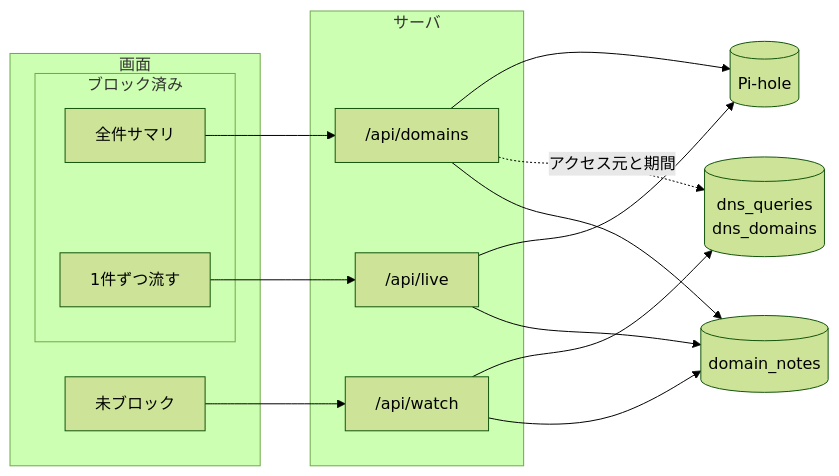
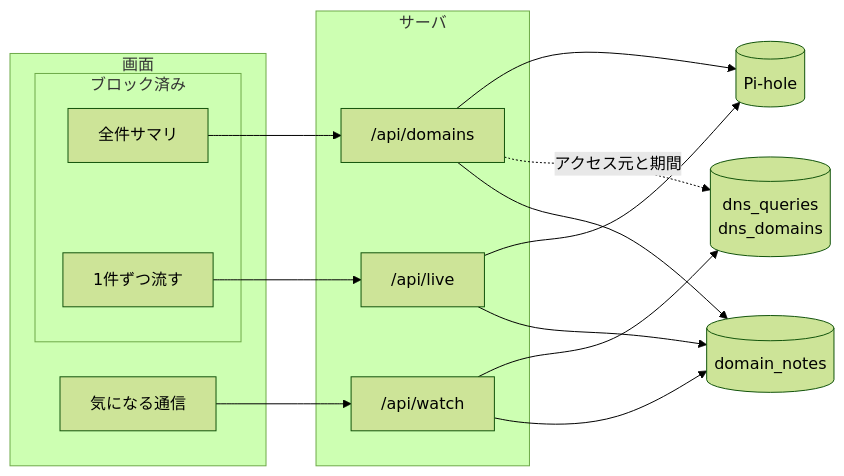
Before and after one commit to rtcode337/pihole-monitor: the third of 6 diagrams in docs/architecture.md, drawn with Mermaid (forest theme). The commit also changed other lines of this file and 5 other files, not shown here.

First line of the commit message:
「未ブロック」のページを「気になる通信」に改め、AIの指示文をブロック済みが混ざる前提にする

````diff
--- a/docs/architecture.md
+++ b/docs/architecture.md
@@ -145,26 +145,26 @@
 ```mermaid
 flowchart LR
     subgraph 画面
       subgraph ブロック済み
         T1[全件サマリ]
         T3[1件ずつ流す]
       end
-      T2[未ブロック]
+      T2[気になる通信]
     end
     subgraph サーバ
       A["/api/domains"]
       W["/api/watch"]
       L["/api/live"]
     end
     P[(Pi-hole)]
     Q[(dns_queries<br/>dns_domains)]
     N[(domain_notes)]
 
     T1 --> A --> P
     T2 --> W --> Q
     T3 --> L --> P
     A -.->|アクセス元と期間| Q
     A --> N
     W --> N
     L --> N
 ```
````
